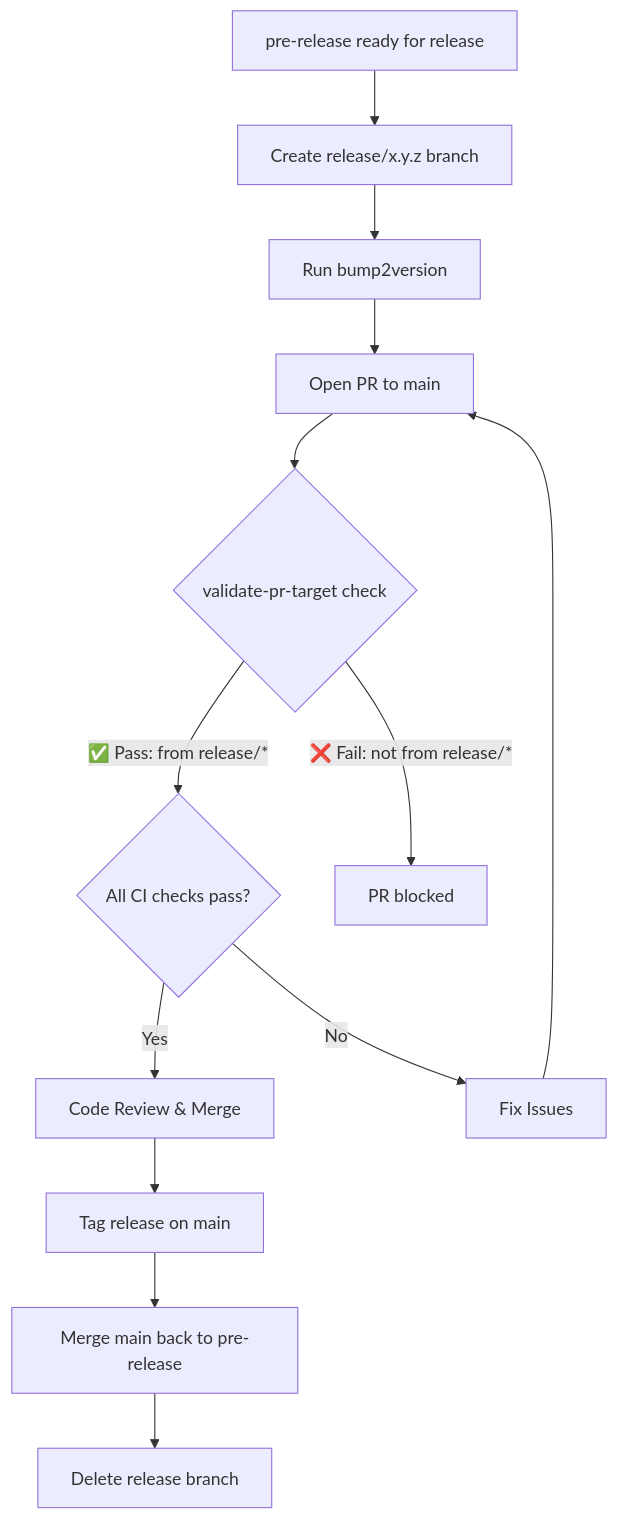
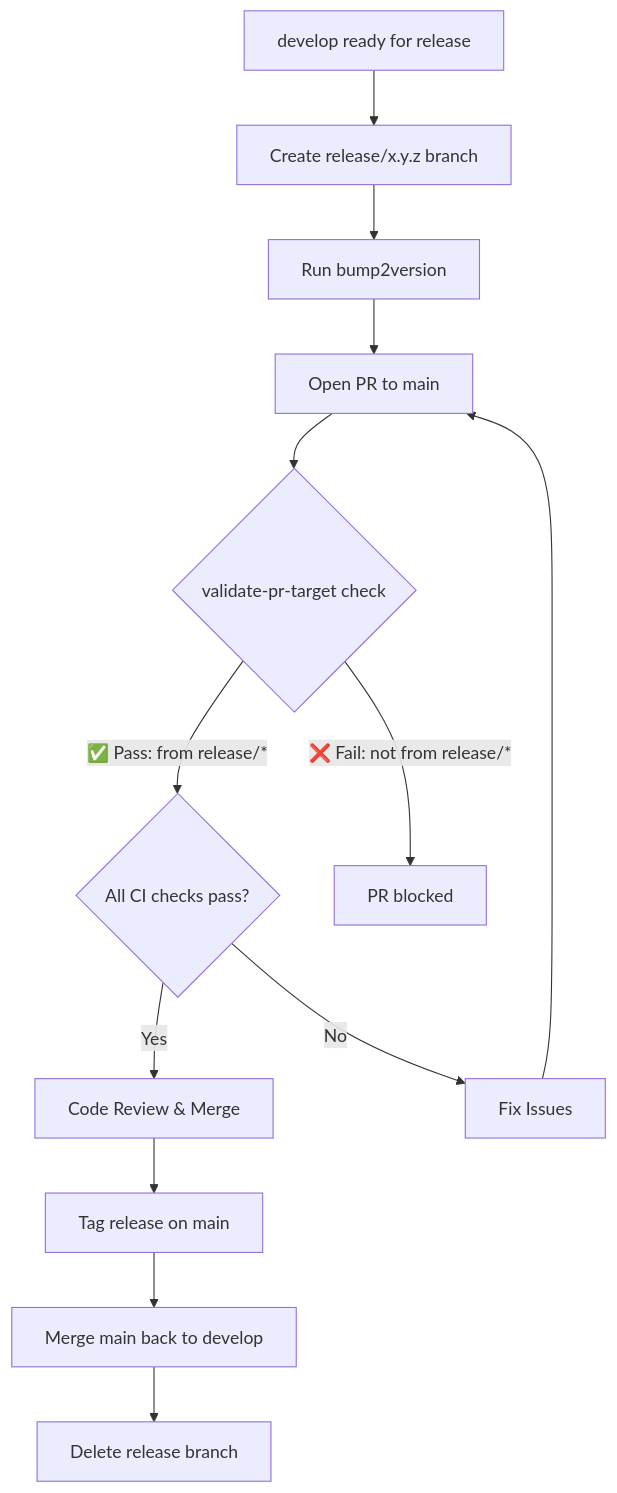
One commit to mattwise-42/OpenToken changed the second of 3 diagrams in .github/WORKFLOW_DIAGRAM.md. Above: the diagram before and after it, drawn with Mermaid. The commit also changed other lines of this file and 9 other files, not shown here.

Commit message:
Rename pre-release branch to develop throughout codebase

````diff
--- a/.github/WORKFLOW_DIAGRAM.md
+++ b/.github/WORKFLOW_DIAGRAM.md
@@ -41,15 +41,15 @@
 ```mermaid
 graph TB
-    A[pre-release ready for release] --> B[Create release/x.y.z branch]
+    A[develop ready for release] --> B[Create release/x.y.z branch]
     B --> C[Run bump2version]
     C --> D[Open PR to main]
     D --> E{validate-pr-target check}
     E -->|✅ Pass: from release/*| F{All CI checks pass?}
     E -->|❌ Fail: not from release/*| G[PR blocked]
     F -->|Yes| H[Code Review & Merge]
     F -->|No| I[Fix Issues]
     I --> D
     H --> J[Tag release on main]
-    J --> K[Merge main back to pre-release]
+    J --> K[Merge main back to develop]
     K --> L[Delete release branch]
 ```
````
